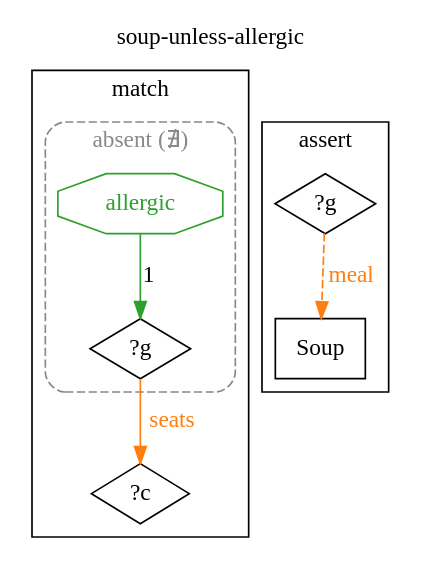
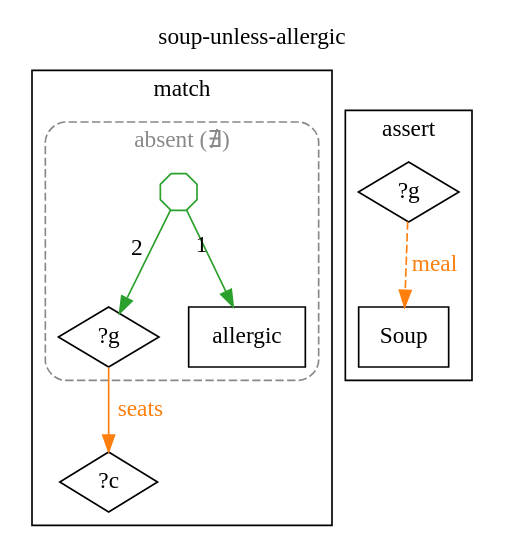
One commit to agutikov/ein changed the diagram in docs/ein/reasoning/02-kb-evolution/diagrams/03-rule-soup-unless-allergic.dot. Above: the diagram before and after it, drawn with Graphviz. The commit also changed 254 other files, not shown here.

```diff
--- a/docs/ein/reasoning/02-kb-evolution/diagrams/03-rule-soup-unless-allergic.dot
+++ b/docs/ein/reasoning/02-kb-evolution/diagrams/03-rule-soup-unless-allergic.dot
@@ -1,19 +1,21 @@
 digraph rule_soup_unless_allergic_lhs_rhs {
   rankdir=TB;
   label="soup-unless-allergic"; labelloc=t;
   subgraph cluster_lhs { label="match";
     "?g_L" [label="?g", shape=diamond];
     "?c_L" [label="?c", shape=diamond];
     "?g_L" -> "?c_L" [label="seats", color="#ff7f0e", fontcolor="#ff7f0e"];
     subgraph cluster_absent_L_0 {
       label="absent (∄)"; style="dashed,rounded"; color="#888888"; fontcolor="#888888";
-      "h1_allergic_L" [shape=octagon, label="allergic", color="#2ca02c", fontcolor="#2ca02c"];
-      "h1_allergic_L" -> "?g_L" [label="1", color="#2ca02c"];
+      "allergic_L" [label="allergic", shape=box];
+      "h1_allergic_L" [shape=octagon, label="", width=0.3, height=0.3, fixedsize=true, color="#2ca02c"];
+      "h1_allergic_L" -> "allergic_L" [xlabel="1", color="#2ca02c"];
+      "h1_allergic_L" -> "?g_L" [xlabel="2", color="#2ca02c"];
     }
   }
   subgraph cluster_rhs { label="assert";
     "?g_R" [label="?g", shape=diamond];
-    "Soup_R" [label="Soup", shape=rectangle];
+    "Soup_R" [label="Soup", shape=box];
     "?g_R" -> "Soup_R" [label="meal", color="#ff7f0e", fontcolor="#ff7f0e", style=dashed];
   }
 }
```
